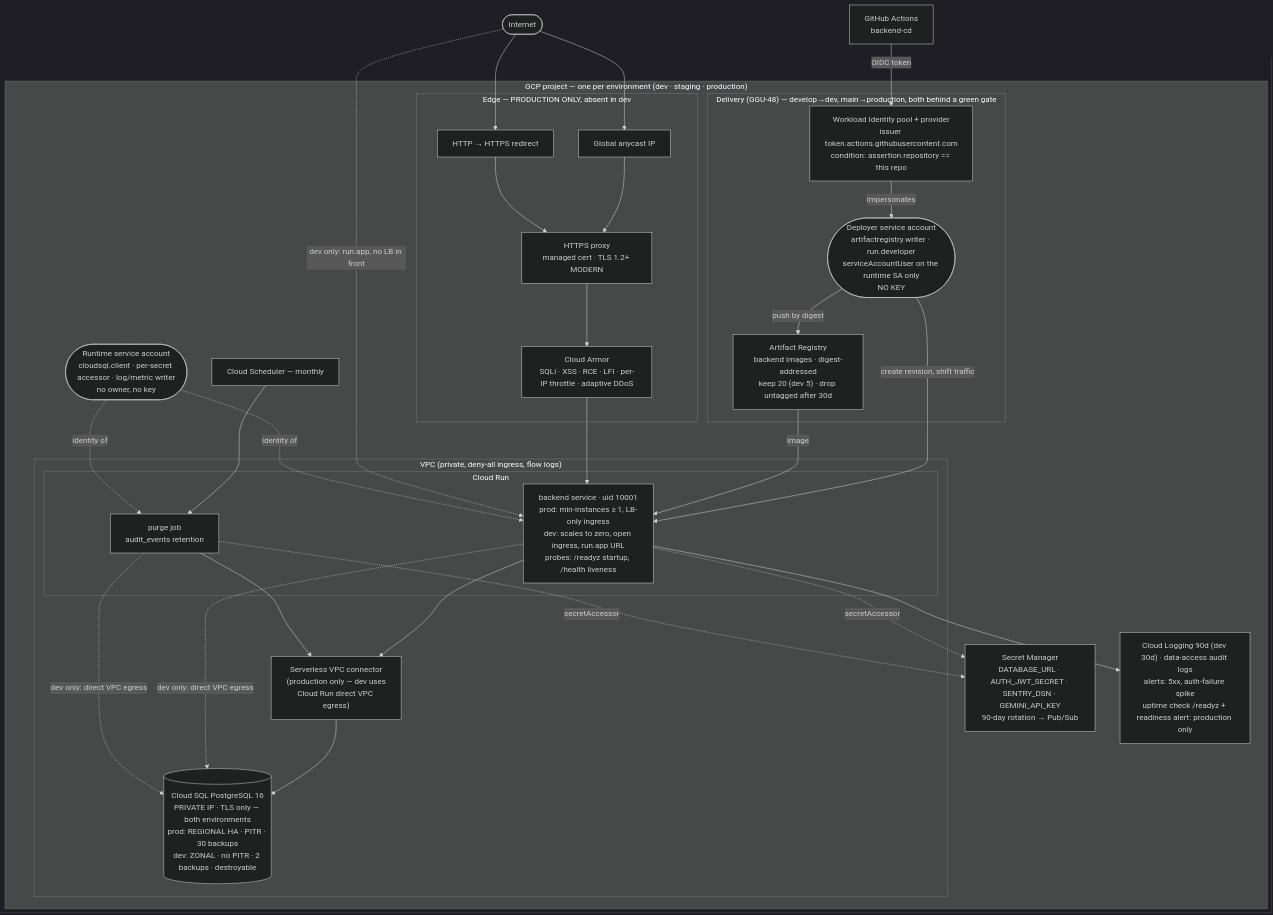
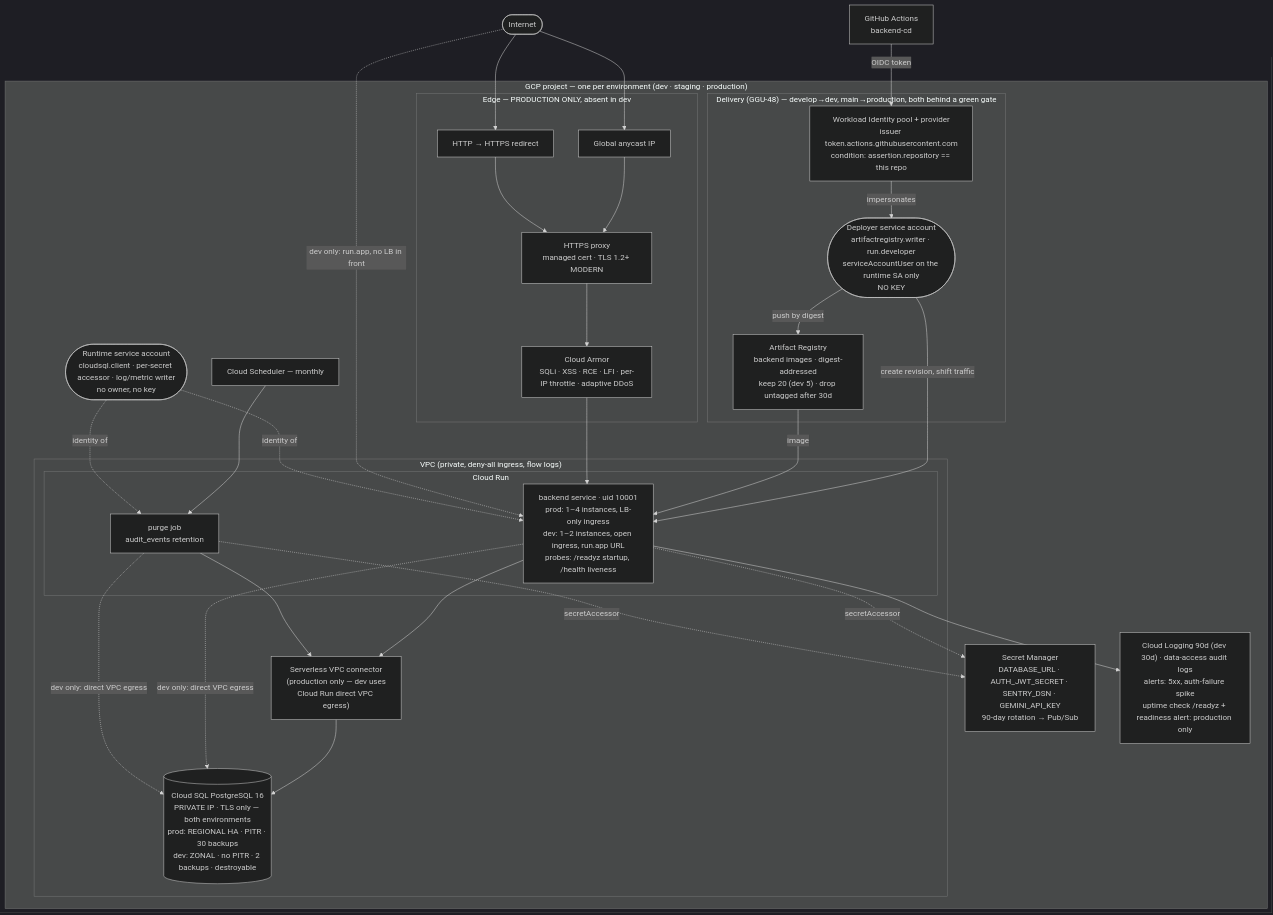
Before and after one commit to somnio-projects/finance-google-a2ui: the diagram in docs/diagrams/08-infrastructure.md, drawn with Mermaid (dark theme). The commit also changed other lines of this file and 8 other files, not shown here.

First line of the commit message:
docs(adr): ADR-F D-4 — record what replaced the single-instance constraint

````diff
--- a/docs/diagrams/08-infrastructure.md
+++ b/docs/diagrams/08-infrastructure.md
@@ -7,58 +7,62 @@
 ```mermaid
 flowchart TB
     net([Internet])
     subgraph gcp["GCP project — one per environment (dev · staging · production)"]
         subgraph edge["Edge — PRODUCTION ONLY, absent in dev"]
             ip["Global anycast IP"]
             https["HTTPS proxy<br/>managed cert · TLS 1.2+ MODERN"]
             armor["Cloud Armor<br/>SQLi · XSS · RCE · LFI · per-IP throttle · adaptive DDoS"]
             httpr["HTTP → HTTPS redirect"]
         end
         subgraph vpc["VPC (private, deny-all ingress, flow logs)"]
             conn["Serverless VPC connector<br/>(production only — dev uses<br/>Cloud Run direct VPC egress)"]
             subgraph runtime["Cloud Run"]
-                svc["backend service · uid 10001<br/>prod: min-instances ≥ 1, LB-only ingress<br/>dev: scales to zero, open ingress, run.app URL<br/>probes: /readyz startup, /health liveness"]
+                svc["backend service · uid 10001<br/>prod: 1–4 instances, LB-only ingress<br/>dev: 1–2 instances, open ingress, run.app URL<br/>probes: /readyz startup, /health liveness"]
                 job["purge job<br/>audit_events retention"]
             end
             sql[("Cloud SQL PostgreSQL 16<br/>PRIVATE IP · TLS only — both environments<br/>prod: REGIONAL HA · PITR · 30 backups<br/>dev: ZONAL · no PITR · 2 backups · destroyable")]
         end
         sm["Secret Manager<br/>DATABASE_URL · AUTH_JWT_SECRET · SENTRY_DSN · GEMINI_API_KEY<br/>90-day rotation → Pub/Sub"]
         obs["Cloud Logging 90d (dev 30d) · data-access audit logs<br/>alerts: 5xx, auth-failure spike<br/>uptime check /readyz + readiness alert: production only"]
         sched["Cloud Scheduler — monthly"]
         sa(["Runtime service account<br/>cloudsql.client · per-secret accessor · log/metric writer<br/>no owner, no key"])
         subgraph delivery["Delivery (GGU-48) — develop→dev, main→production, both behind a green gate"]
             ar["Artifact Registry<br/>backend images · digest-addressed<br/>keep 20 (dev 5) · drop untagged after 30d"]
             wif["Workload Identity pool + provider<br/>issuer token.actions.githubusercontent.com<br/>condition: assertion.repository == this repo"]
             dsa(["Deployer service account<br/>artifactregistry.writer · run.developer<br/>serviceAccountUser on the runtime SA only<br/>NO KEY"])
         end
     end
 
     gha["GitHub Actions<br/>backend-cd"] -->|"OIDC token"| wif
     wif -->|impersonates| dsa
     dsa -->|push by digest| ar
     dsa -->|create revision, shift traffic| svc
     ar -->|image| svc
 
     net --> ip --> https --> armor --> svc
     net --> httpr --> https
     net -. "dev only: run.app, no LB in front" .-> svc
     svc --> conn --> sql
     svc -. "dev only: direct VPC egress" .-> sql
     sched --> job --> conn
     job -. "dev only: direct VPC egress" .-> sql
     svc -. "secretAccessor" .-> sm
     job -. "secretAccessor" .-> sm
     svc --> obs
     sa -.->|"identity of"| svc
     sa -.->|"identity of"| job
 
     %% Everything here is Terraform: infra/{network,database,secrets,iam,run,edge,observability,delivery}.tf
     %% trivy config: 0 misconfigurations. Apply is GGU-29.
     %% The edge subgraph and the connector are counted out of dev by local.ephemeral
     %% (main.tf). Dev therefore has NO WAF, NO edge rate limit and NO HA — a real
     %% reduction, accepted as risk R-16 because dev holds synthetic data only.
     %% Secrets, per-secret IAM, private DB IP, TLS-only and the keyless pipeline
     %% are identical in every environment: dev gives up durability, not privacy.
     %% The deployer can publish an image and create a revision. It cannot read
     %% a secret, reach the database, or act as any other identity.
+    %% Instance counts are capacity, not correctness: session and portfolio
+    %% state are in Cloud SQL, so any instance can answer any follow-up turn
+    %% (ADR-F D-7). min-instances = 1 is bought for demo latency (D-8), and is
+    %% NOT a state-sharing guarantee — ADR-F D-4 used to conflate the two.
 ```
````
